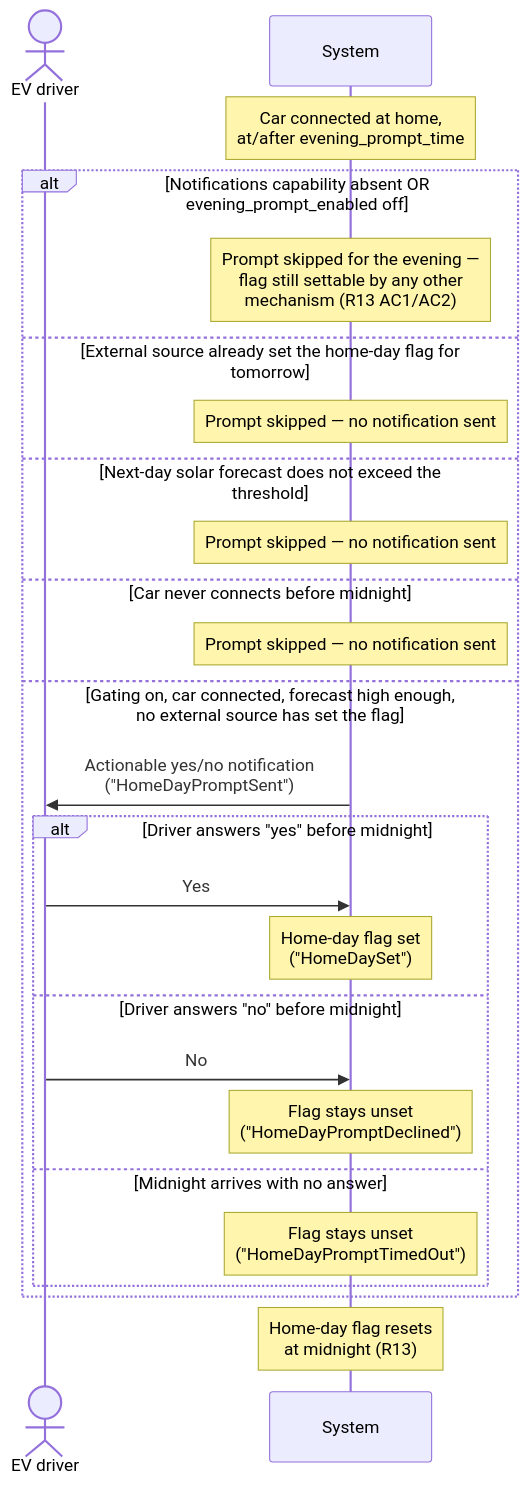
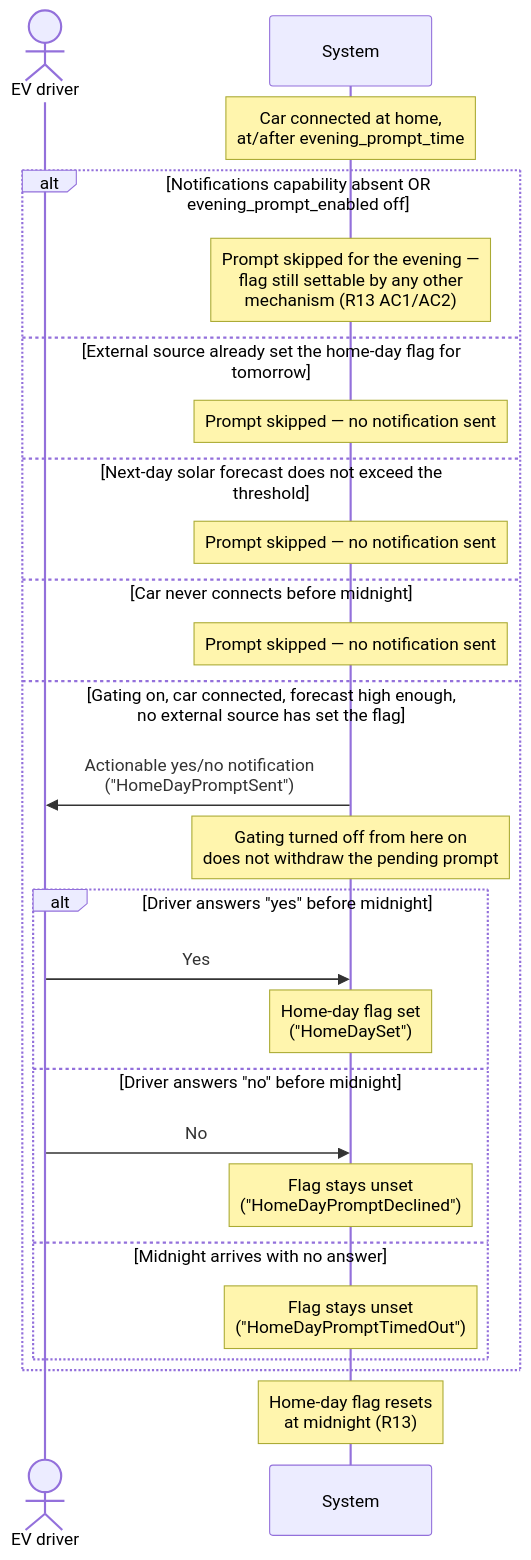
One commit to kristofdegrave/homeassistant-smart-charging changed the diagram in docs/analysis/use-cases/UC08-plan-tomorrow-home-day.md. Above: the diagram before and after it, drawn with Mermaid. The commit also changed other lines of this file, not shown here.

````diff
--- a/docs/analysis/use-cases/UC08-plan-tomorrow-home-day.md
+++ b/docs/analysis/use-cases/UC08-plan-tomorrow-home-day.md
@@ -97,27 +105,28 @@
 ```mermaid
 sequenceDiagram
     actor Driver as EV driver
     participant System
     Note over System: Car connected at home,<br/>at/after evening_prompt_time
     alt Notifications capability absent OR evening_prompt_enabled off
         Note over System: Prompt skipped for the evening —<br/>flag still settable by any other<br/>mechanism (R13 AC1/AC2)
     else External source already set the home-day flag for tomorrow
         Note over System: Prompt skipped — no notification sent
     else Next-day solar forecast does not exceed the threshold
         Note over System: Prompt skipped — no notification sent
     else Car never connects before midnight
         Note over System: Prompt skipped — no notification sent
     else Gating on, car connected, forecast high enough, no external source has set the flag
         System->>Driver: Actionable yes/no notification<br/>("HomeDayPromptSent")
+        Note over System: Gating turned off from here on<br/>does not withdraw the pending prompt
         alt Driver answers "yes" before midnight
             Driver->>System: Yes
             Note over System: Home-day flag set<br/>("HomeDaySet")
         else Driver answers "no" before midnight
             Driver->>System: No
             Note over System: Flag stays unset<br/>("HomeDayPromptDeclined")
         else Midnight arrives with no answer
             Note over System: Flag stays unset<br/>("HomeDayPromptTimedOut")
         end
     end
     Note over System: Home-day flag resets<br/>at midnight (R13)
 ```
````
